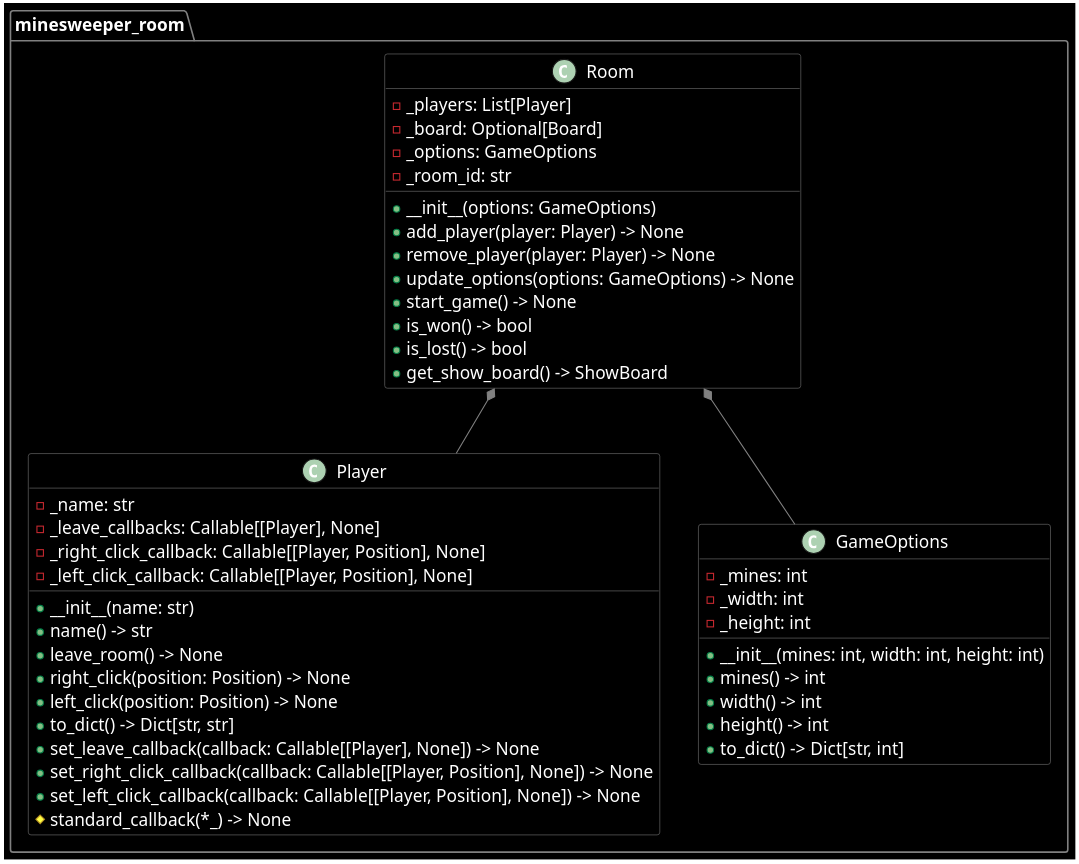
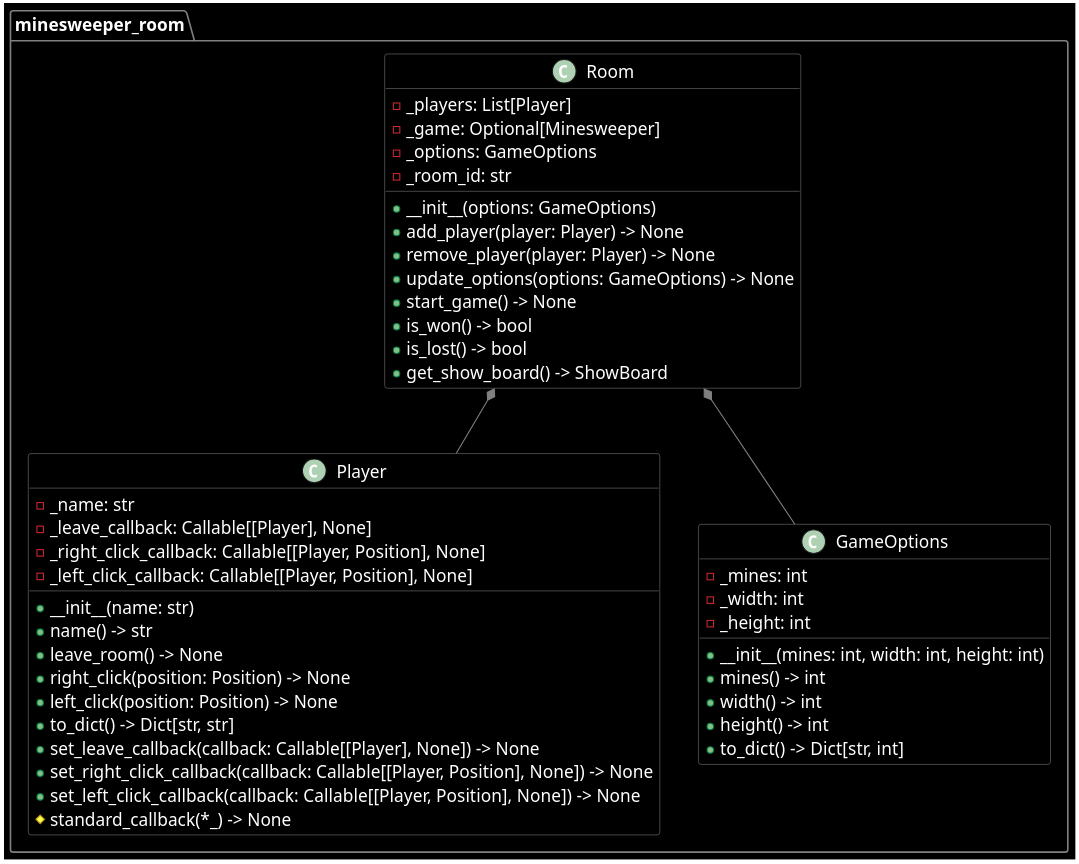
Before and after one commit to HampusSiik/minesweeper-with-friends: the diagram in doc/minesweeper_room-diagram.puml, drawn with PlantUML.

Commit message:
Fix variable naming in minesweeper_room diagram for consistency

```diff
--- a/doc/minesweeper_room-diagram.puml
+++ b/doc/minesweeper_room-diagram.puml
@@ -1,86 +1,86 @@
 @startuml minesweeper_room
 
 skinparam {
 
     DefaultFontColor White
     DefaultFontName Monospace
     DefaultFontSize 16
     DefaultBorderColor White
     ArrowColor Gray
 
     BackgroundColor Black
     BorderColor Gray
     FontColor White
 
     class {
         BackgroundColor Black
         BorderColor Gray
     }
 
     package {
         BackgroundColor Black
         BorderColor Gray
     }
 
 }
 
 package minesweeper_room {
 
     class Player {
 
         - _name: str
-        - _leave_callbacks: Callable[[Player], None]
+        - _leave_callback: Callable[[Player], None]
         - _right_click_callback: Callable[[Player, Position], None]
         - _left_click_callback: Callable[[Player, Position], None]
 
         + __init__(name: str)
         + name() -> str
         + leave_room() -> None
         + right_click(position: Position) -> None
         + left_click(position: Position) -> None
         + to_dict() -> Dict[str, str]
         + set_leave_callback(callback: Callable[[Player], None]) -> None
         + set_right_click_callback(callback: Callable[[Player, Position], None]) -> None
         + set_left_click_callback(callback: Callable[[Player, Position], None]) -> None
         # standard_callback(*_) -> None
 
     }
 
     class GameOptions {
 
         - _mines: int
         - _width: int
         - _height: int
 
         + __init__(mines: int, width: int, height: int)
         + mines() -> int
         + width() -> int
         + height() -> int
         + to_dict() -> Dict[str, int]
 
     }
 
     class Room {
 
         - _players: List[Player]
-        - _board: Optional[Board]
+        - _game: Optional[Minesweeper]
         - _options: GameOptions
         - _room_id: str
 
         + __init__(options: GameOptions)
         + add_player(player: Player) -> None
         + remove_player(player: Player) -> None
         + update_options(options: GameOptions) -> None
         + start_game() -> None
         + is_won() -> bool
         + is_lost() -> bool
         + get_show_board() -> ShowBoard
 
     }
 
     Room *-- Player
     Room *-- GameOptions
 
 }
 
 @enduml
```
